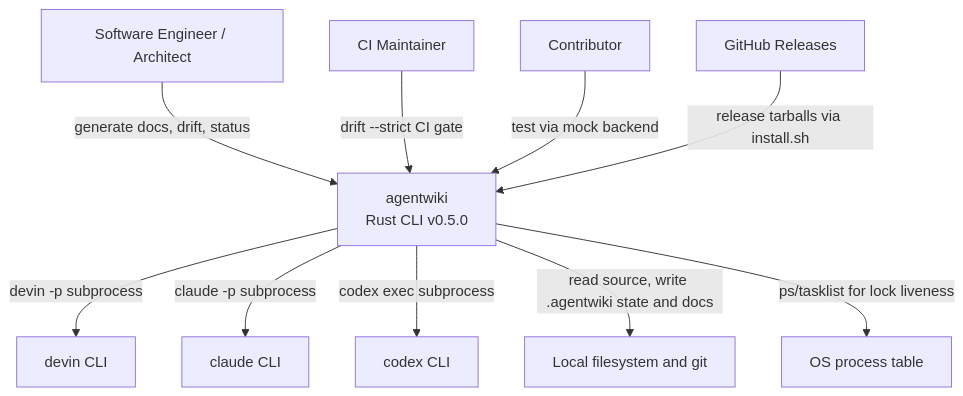
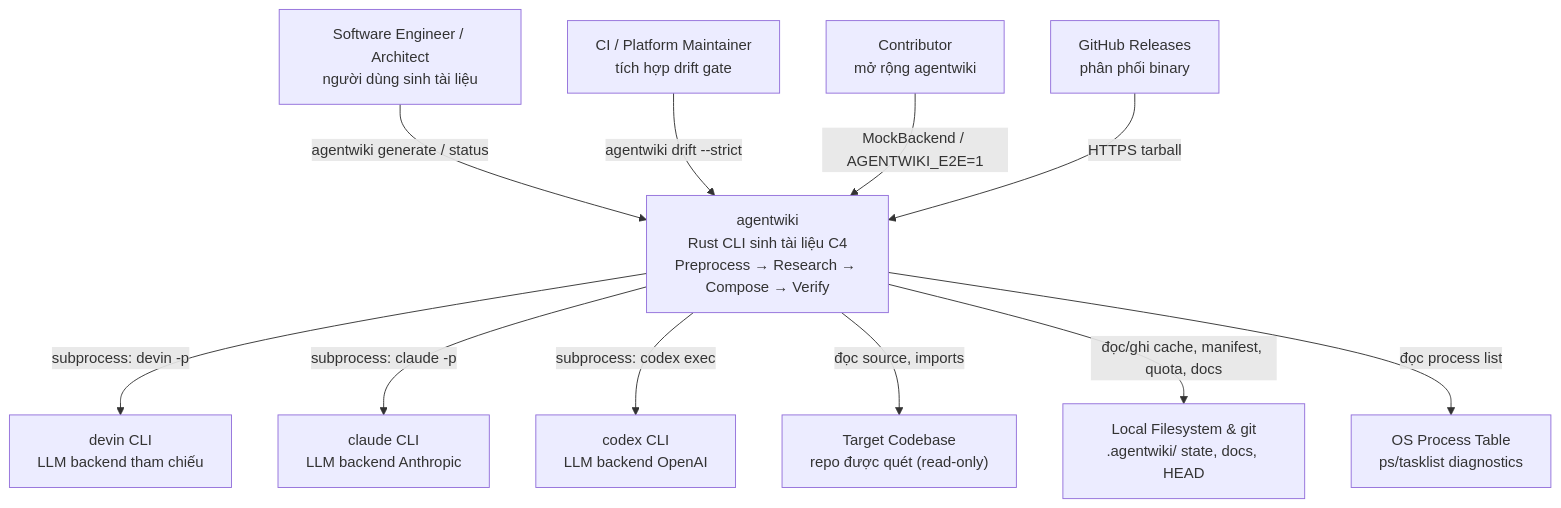
The diagram in docs/vi/1.Overview.md (tidusvn05/agentwiki), drawn with Mermaid before and after one commit. The commit also changed other lines of this file and 10 other files, not shown here.

````diff
--- a/docs/vi/1.Overview.md
+++ b/docs/vi/1.Overview.md
@@ -69,26 +72,30 @@
 ```mermaid
-graph TD
-    Dev[Software Engineer / Architect]
-    CI[CI Maintainer]
-    Contrib[Contributor]
+flowchart TD
+    Engineer["Software Engineer / Architect<br/>người dùng sinh tài liệu"]
+    Maintainer["CI / Platform Maintainer<br/>tích hợp drift gate"]
+    Contributor["Contributor<br/>mở rộng agentwiki"]
 
-    AW[agentwiki<br/>Rust CLI v0.5.0]
+    AgentWiki["agentwiki<br/>Rust CLI sinh tài liệu C4<br/>Preprocess → Research → Compose → Verify"]
 
-    DevinCLI[devin CLI]
-    ClaudeCLI[claude CLI]
-    CodexCLI[codex CLI]
-    GH[GitHub Releases]
-    FS[Local filesystem and git]
-    Proc[OS process table]
+    DevinCLI["devin CLI<br/>LLM backend tham chiếu"]
+    ClaudeCLI["claude CLI<br/>LLM backend Anthropic"]
+    CodexCLI["codex CLI<br/>LLM backend OpenAI"]
 
-    Dev -->|generate docs, drift, status| AW
-    CI -->|drift --strict CI gate| AW
-    Contrib -->|test via mock backend| AW
+    TargetRepo["Target Codebase<br/>repo được quét (read-only)"]
+    LocalFS["Local Filesystem & git<br/>.agentwiki/ state, docs, HEAD"]
+    GitHub["GitHub Releases<br/>phân phối binary"]
+    ProcTable["OS Process Table<br/>ps/tasklist diagnostics"]
 
-    AW -->|devin -p subprocess| DevinCLI
-    AW -->|claude -p subprocess| ClaudeCLI
-    AW -->|codex exec subprocess| CodexCLI
-    GH -->|release tarballs via install.sh| AW
-    AW -->|read source, write .agentwiki state and docs| FS
-    AW -->|ps/tasklist for lock liveness| Proc
+    Engineer -->|"agentwiki generate / status"| AgentWiki
+    Maintainer -->|"agentwiki drift --strict"| AgentWiki
+    Contributor -->|"MockBackend / AGENTWIKI_E2E=1"| AgentWiki
+
+    AgentWiki -->|"subprocess: devin -p"| DevinCLI
+    AgentWiki -->|"subprocess: claude -p"| ClaudeCLI
+    AgentWiki -->|"subprocess: codex exec"| CodexCLI
+
+    AgentWiki -->|"đọc source, imports"| TargetRepo
+    AgentWiki -->|"đọc/ghi cache, manifest, quota, docs"| LocalFS
+    GitHub -->|"HTTPS tarball"| AgentWiki
+    AgentWiki -->|"đọc process list"| ProcTable
 ```
````
